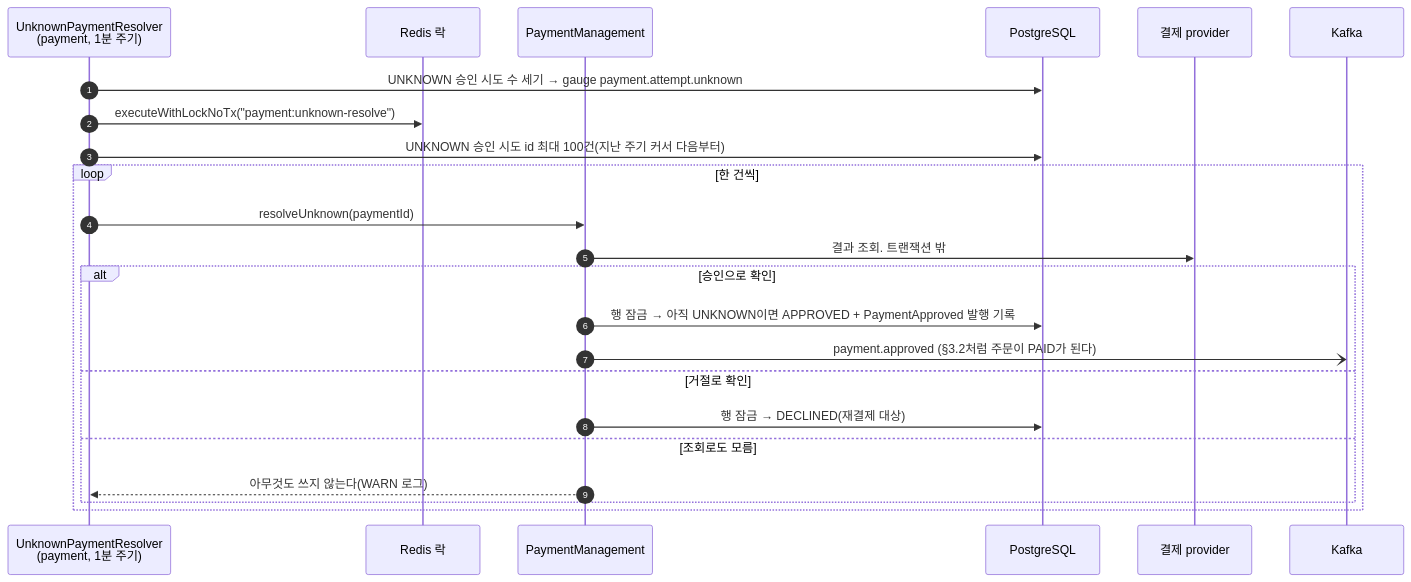
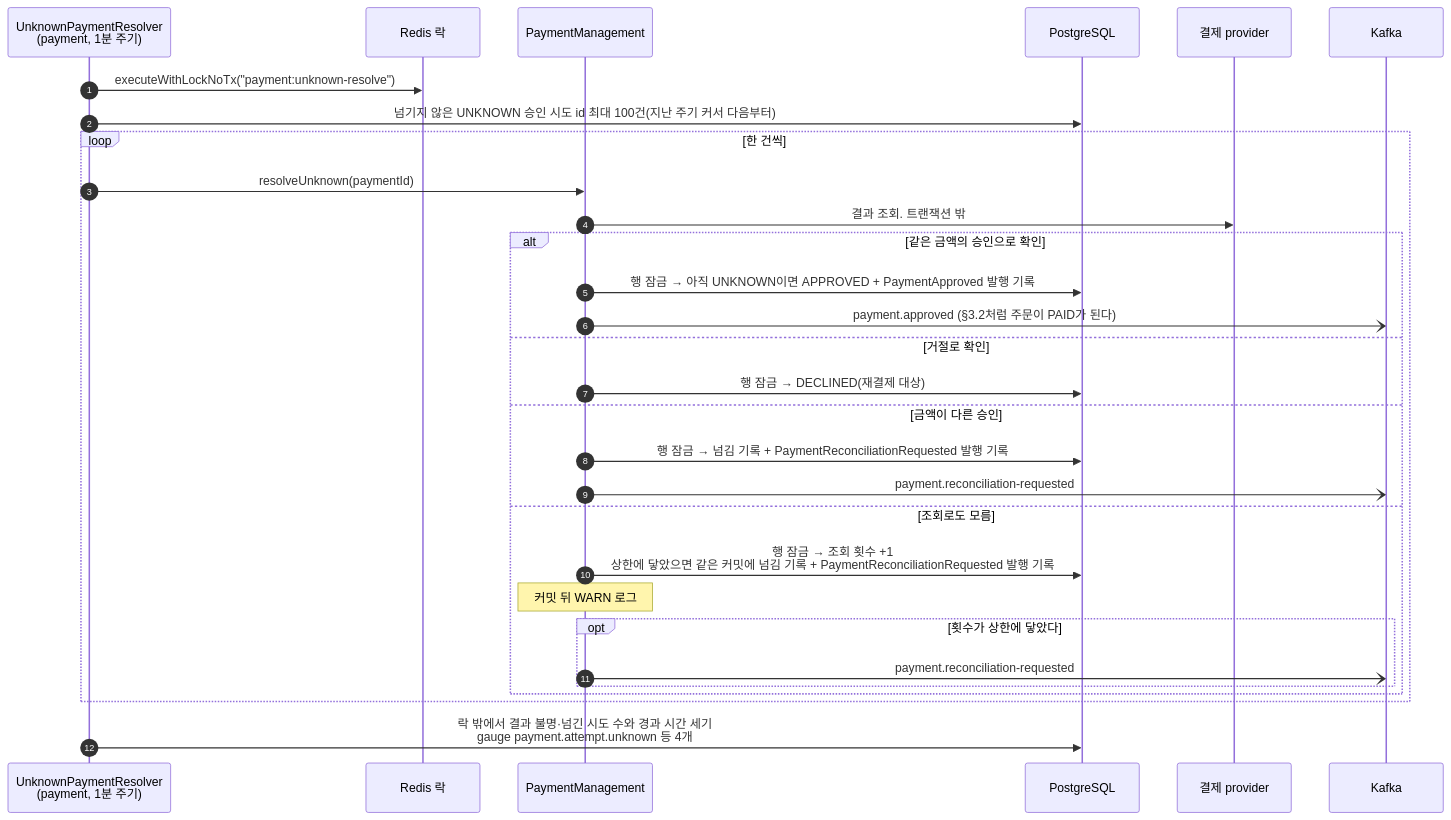
Before and after one commit to char-labs/ResilientPOS: the third of 4 diagrams in docs/wiki/architecture.md, drawn with Mermaid. The commit also changed other lines of this file and 6 other files, not shown here.

````diff
--- a/docs/wiki/architecture.md
+++ b/docs/wiki/architecture.md
@@ -128,26 +129,33 @@
 ```mermaid
 sequenceDiagram
     autonumber
     participant S as UnknownPaymentResolver<br/>(payment, 1분 주기)
     participant L as Redis 락
     participant P as PaymentManagement
     participant DB as PostgreSQL
     participant PG as 결제 provider
     participant K as Kafka
 
-    S->>DB: UNKNOWN 승인 시도 수 세기 → gauge payment.attempt.unknown
     S->>L: executeWithLockNoTx("payment:unknown-resolve")
-    S->>DB: UNKNOWN 승인 시도 id 최대 100건(지난 주기 커서 다음부터)
+    S->>DB: 넘기지 않은 UNKNOWN 승인 시도 id 최대 100건(지난 주기 커서 다음부터)
     loop 한 건씩
         S->>P: resolveUnknown(paymentId)
         P->>PG: 결과 조회. 트랜잭션 밖
-        alt 승인으로 확인
+        alt 같은 금액의 승인으로 확인
             P->>DB: 행 잠금 → 아직 UNKNOWN이면 APPROVED + PaymentApproved 발행 기록
             P-)K: payment.approved (§3.2처럼 주문이 PAID가 된다)
         else 거절로 확인
             P->>DB: 행 잠금 → DECLINED(재결제 대상)
+        else 금액이 다른 승인
+            P->>DB: 행 잠금 → 넘김 기록 + PaymentReconciliationRequested 발행 기록
+            P-)K: payment.reconciliation-requested
         else 조회로도 모름
-            P-->>S: 아무것도 쓰지 않는다(WARN 로그)
+            P->>DB: 행 잠금 → 조회 횟수 +1<br/>상한에 닿았으면 같은 커밋에 넘김 기록 + PaymentReconciliationRequested 발행 기록
+            Note over P: 커밋 뒤 WARN 로그
+            opt 횟수가 상한에 닿았다
+                P-)K: payment.reconciliation-requested
+            end
         end
     end
+    S->>DB: 락 밖에서 결과 불명·넘긴 시도 수와 경과 시간 세기<br/>gauge payment.attempt.unknown 등 4개
 ```
````
